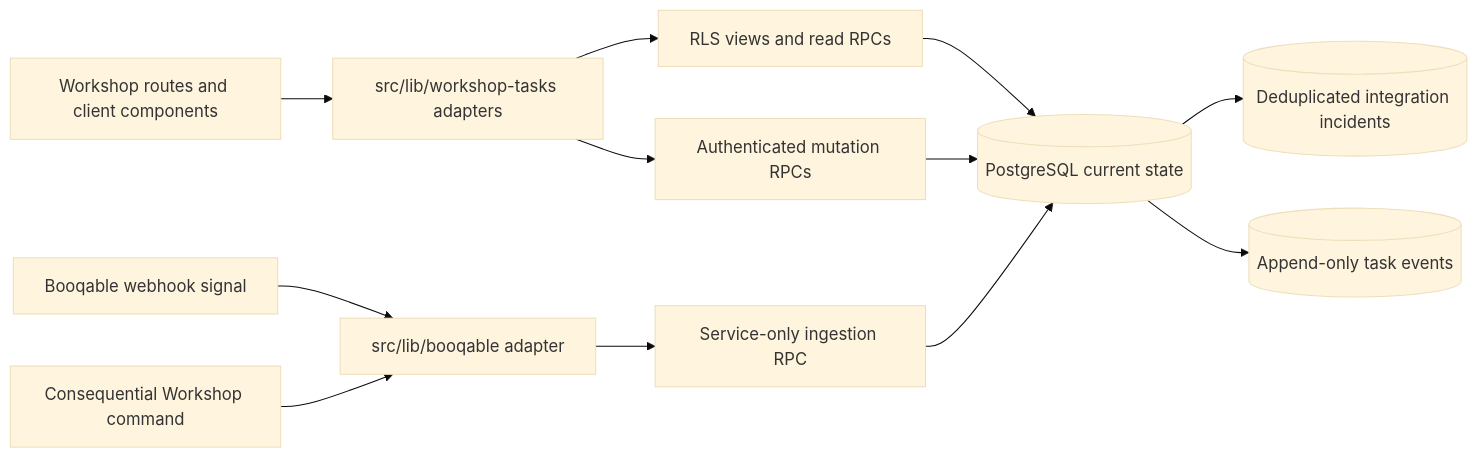
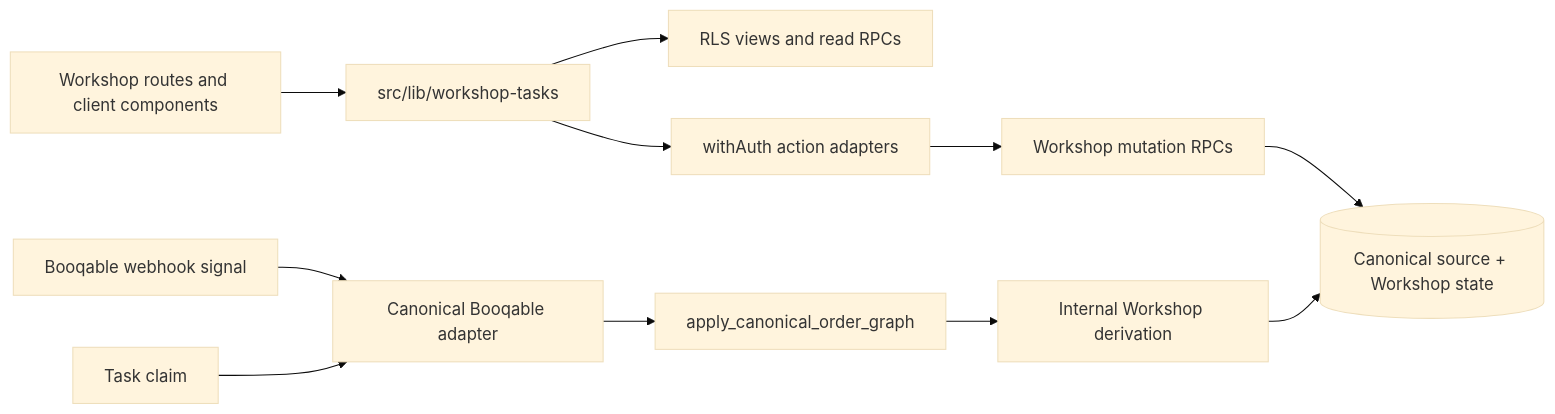
One commit to DenisKuznecov/task-manager-for-cycling-rental-business changed the first of 3 diagrams in _bmad-output/planning-artifacts/architecture/architecture-echelon-cycling-hub-admin-2026-08-10/ARCHITECTURE-SPINE.md. Above: the diagram before and after it, drawn with Mermaid (base theme). The commit also changed other lines of this file and 28 other files, not shown here.

First line of the commit message:
Record the approved compressed Workshop Tasks MVP plan.

````diff
--- a/_bmad-output/planning-artifacts/architecture/architecture-echelon-cycling-hub-admin-2026-08-10/ARCHITECTURE-SPINE.md
+++ b/_bmad-output/planning-artifacts/architecture/architecture-echelon-cycling-hub-admin-2026-08-10/ARCHITECTURE-SPINE.md
@@ -32,14 +29,13 @@
 ```mermaid
 flowchart LR
-  UI["Workshop routes and client components"] --> APP["src/lib/workshop-tasks adapters"]
-  APP --> READ["RLS views and read RPCs"]
-  APP --> MUTATE["Authenticated mutation RPCs"]
-  SIGNAL["Booqable webhook signal"] --> ADAPTER["src/lib/booqable adapter"]
-  JIT["Consequential Workshop command"] --> ADAPTER["src/lib/booqable adapter"]
-  ADAPTER --> INGEST["Service-only ingestion RPC"]
-  READ --> DB[("PostgreSQL current state")]
-  MUTATE --> DB
-  INGEST --> DB
-  DB --> INCIDENTS[("Deduplicated integration incidents")]
-  DB --> EVENTS[("Append-only task events")]
+  UI["Workshop routes and client components"] --> FEATURE["src/lib/workshop-tasks"]
+  FEATURE --> READ["RLS views and read RPCs"]
+  FEATURE --> ACTION["withAuth action adapters"]
+  ACTION --> MUTATION["Workshop mutation RPCs"]
+  WEBHOOK["Booqable webhook signal"] --> ADAPTER["Canonical Booqable adapter"]
+  CLAIM["Task claim"] --> ADAPTER
+  ADAPTER --> APPLY["apply_canonical_order_graph"]
+  APPLY --> DERIVE["Internal Workshop derivation"]
+  DERIVE --> DB[("Canonical source + Workshop state")]
+  MUTATION --> DB
 ```
````
